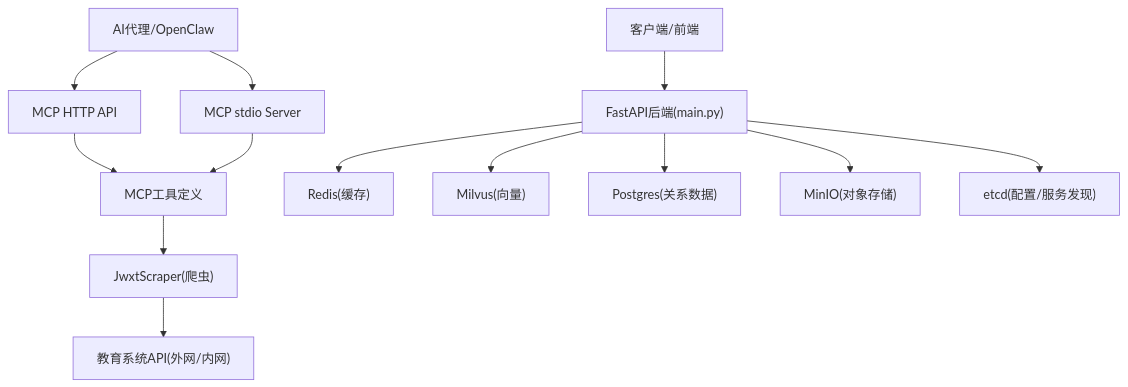
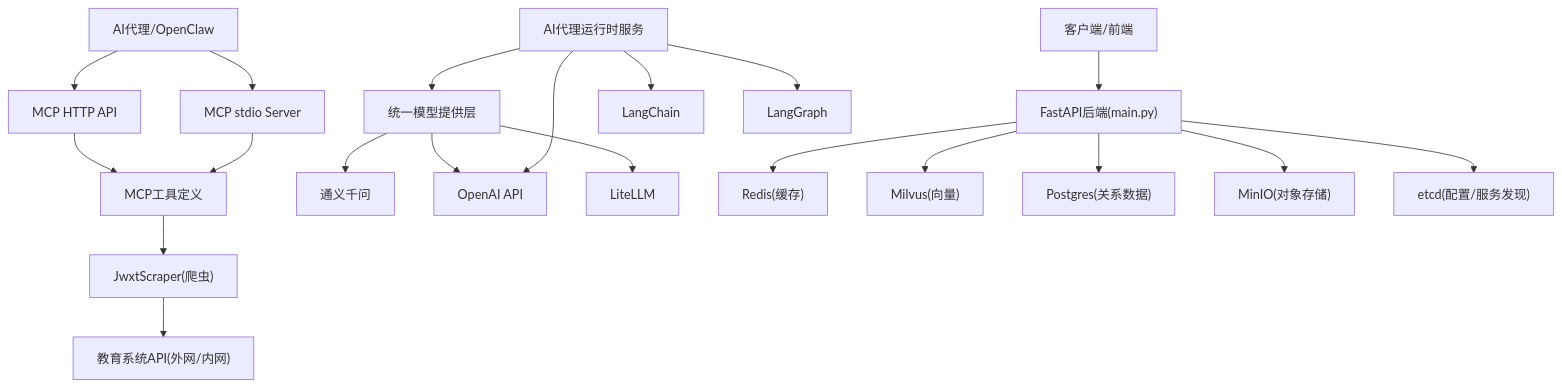
The second of 9 diagrams in .qoder/repowiki/zh/content/开发指南/扩展点与插件/第三方服务集成.md (ghbbn053-ship-itsoulddog/soulddog), drawn with Mermaid before and after one commit. The commit also changed other lines of this file and 119 other files, not shown here.

````diff
--- a/.qoder/repowiki/zh/content/开发指南/扩展点与插件/第三方服务集成.md
+++ b/.qoder/repowiki/zh/content/开发指南/扩展点与插件/第三方服务集成.md
@@ -148,28 +185,40 @@
 ```mermaid
 graph TB
 Client["客户端/前端"]
 Agent["AI代理/OpenClaw"]
 API["FastAPI后端(main.py)"]
 MCP_HTTP["MCP HTTP API"]
 MCP_STDIO["MCP stdio Server"]
 MCP_Tools["MCP工具定义"]
+AgentRuntime["AI代理运行时服务"]
+ModelProvider["统一模型提供层"]
+Qwen["通义千问"]
+OpenAI["OpenAI API"]
+LiteLLM["LiteLLM"]
 Scraper["JwxtScraper(爬虫)"]
 EduAPI["教育系统API(外网/内网)"]
 Cache["Redis(缓存)"]
 VectorDB["Milvus(向量)"]
 DB["Postgres(关系数据)"]
 Storage["MinIO(对象存储)"]
 Config["etcd(配置/服务发现)"]
 Client --> API
 Agent --> MCP_HTTP
 Agent --> MCP_STDIO
 MCP_HTTP --> MCP_Tools
 MCP_STDIO --> MCP_Tools
+AgentRuntime --> ModelProvider
+ModelProvider --> Qwen
+ModelProvider --> OpenAI
+ModelProvider --> LiteLLM
+AgentRuntime --> LangChain
+AgentRuntime --> LangGraph
+AgentRuntime --> OpenAI
 MCP_Tools --> Scraper
 Scraper --> EduAPI
 API --> Cache
 API --> VectorDB
 API --> DB
 API --> Storage
 API --> Config
 ```
````
